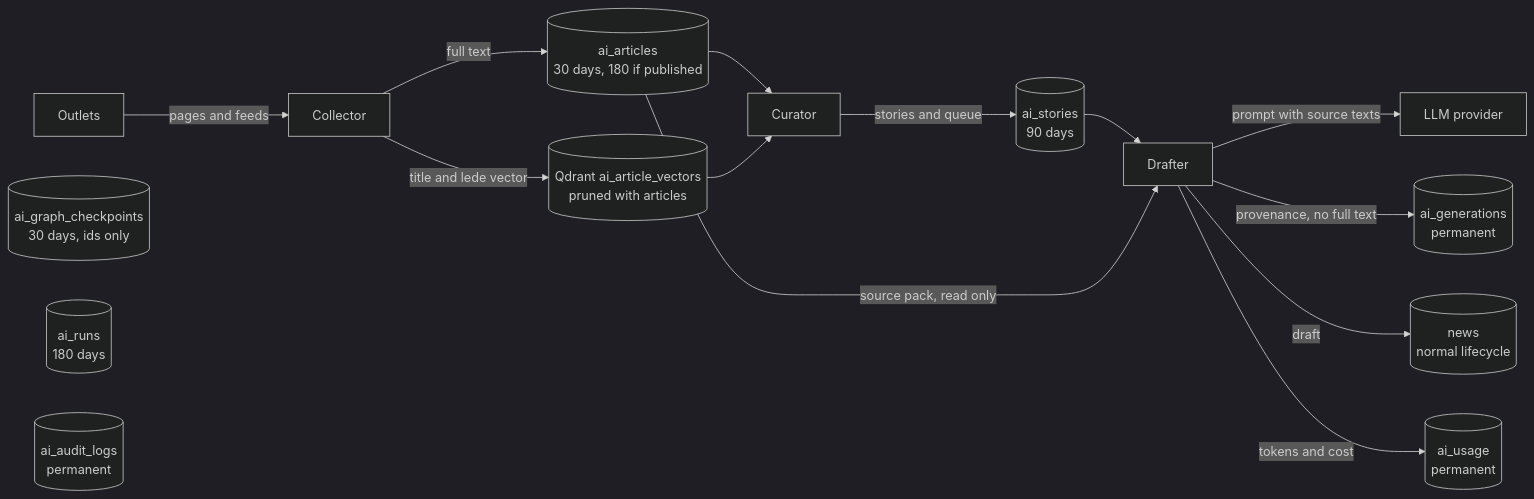
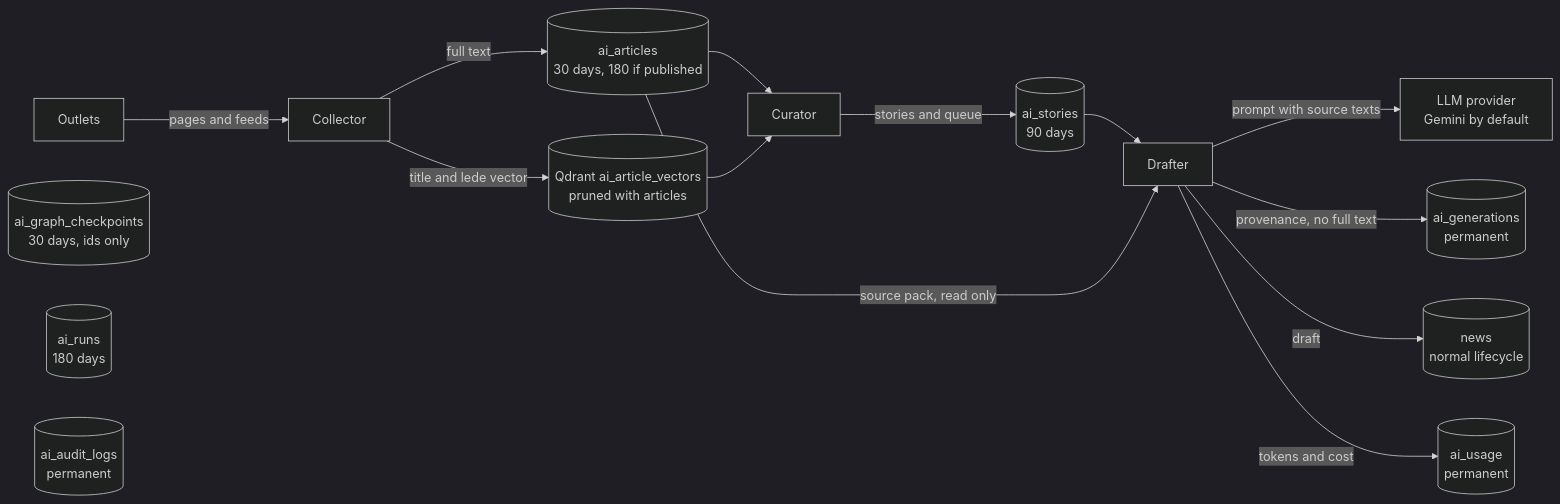
One commit to foysalahmedmin/z-news changed diagram 15 of 20 in docs/ai-news-automation-plan.md. Above: the diagram before and after it, drawn with Mermaid (dark theme). The commit also changed other lines of this file, not shown here.

Commit message:
docs: make Gemini the default model with a provider-agnostic model layer in AI news automation plan

````diff
--- a/docs/ai-news-automation-plan.md
+++ b/docs/ai-news-automation-plan.md
@@ -1129,18 +1144,18 @@
 ```mermaid
 flowchart LR
     OUT["Outlets"] -->|"pages and feeds"| COL["Collector"]
     COL -->|"full text"| ART[("ai_articles<br/>30 days, 180 if published")]
     COL -->|"title and lede vector"| VEC[("Qdrant ai_article_vectors<br/>pruned with articles")]
     ART --> CUR["Curator"]
     VEC --> CUR
     CUR -->|"stories and queue"| STO[("ai_stories<br/>90 days")]
     STO --> DRA["Drafter"]
     ART -->|"source pack, read only"| DRA
-    DRA -->|"prompt with source texts"| LLM["LLM provider"]
+    DRA -->|"prompt with source texts"| LLM["LLM provider<br/>Gemini by default"]
     DRA -->|"provenance, no full text"| GEN[("ai_generations<br/>permanent")]
     DRA -->|"draft"| NEWS[("news<br/>normal lifecycle")]
     DRA -->|"tokens and cost"| USE[("ai_usage<br/>permanent")]
     CK[("ai_graph_checkpoints<br/>30 days, ids only")]
     RUNS[("ai_runs<br/>180 days")]
     AUD[("ai_audit_logs<br/>permanent")]
 ```
````
